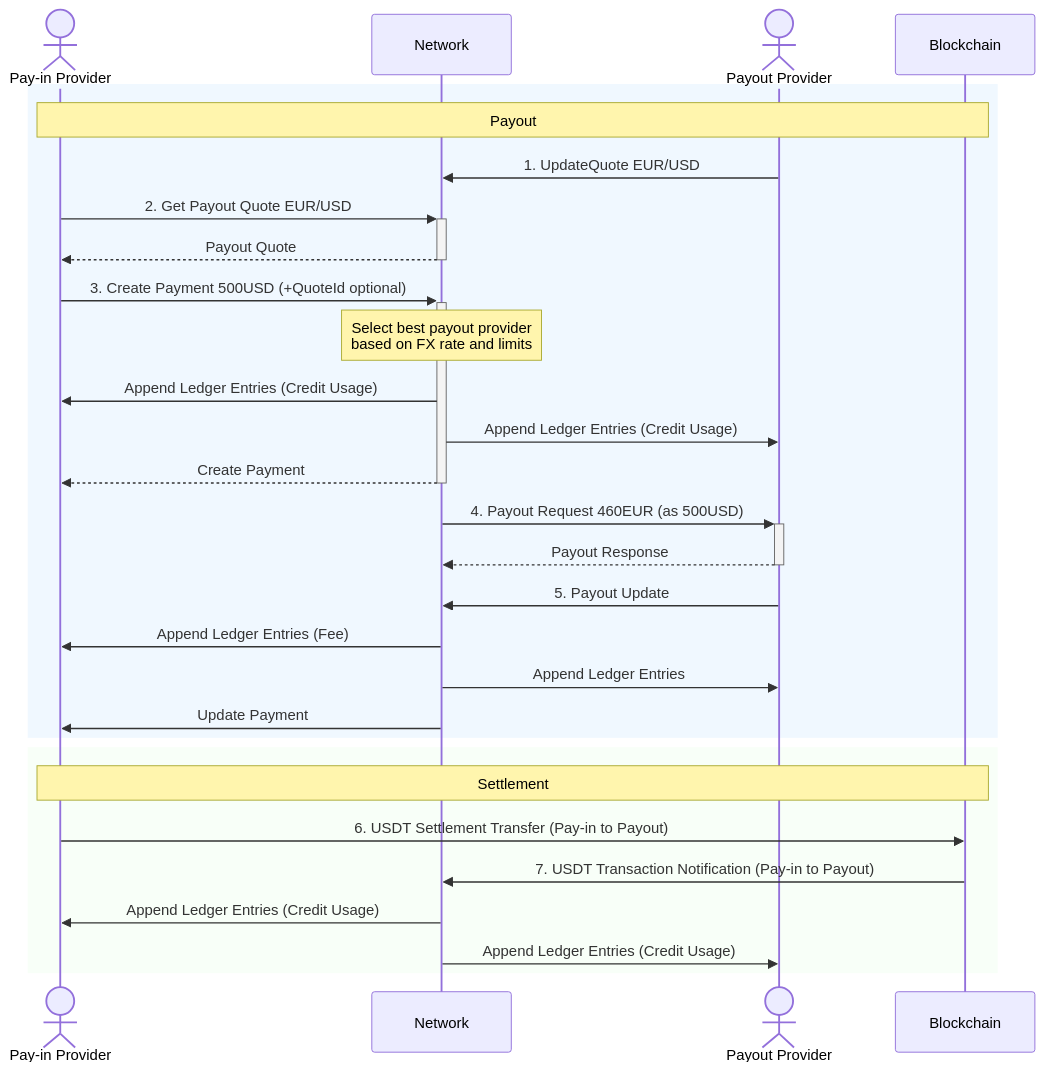
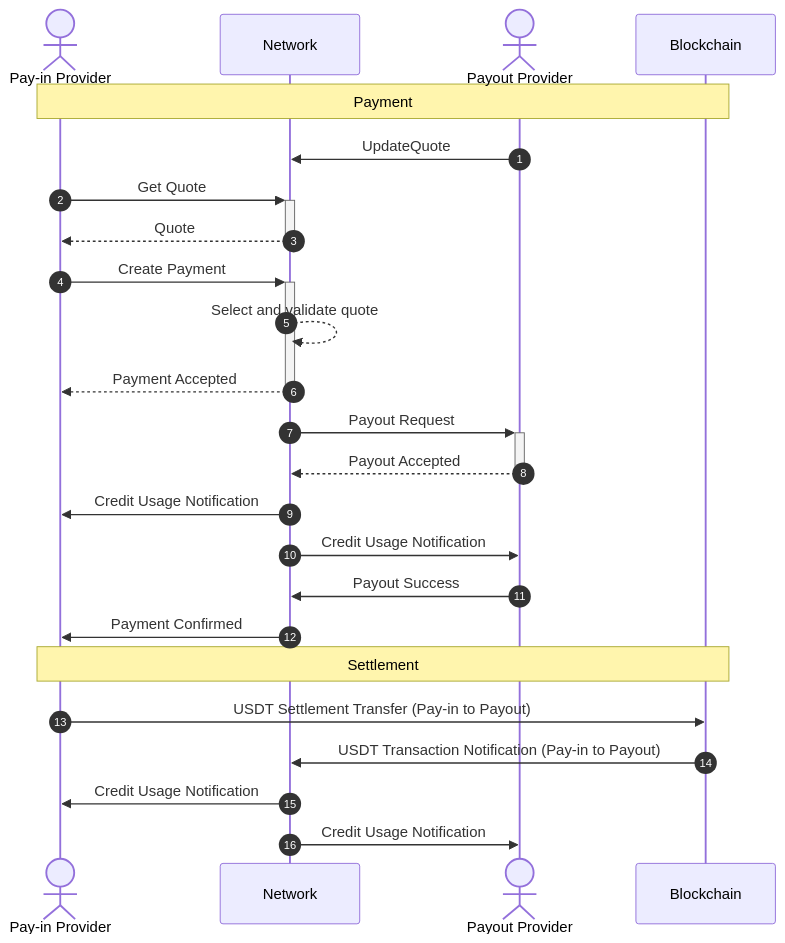
One commit to t-0-network/t-0-network.github.io changed the diagram in content/docs/network/payment-flow.md. Above: the diagram before and after it, drawn with Mermaid. The commit also changed other lines of this file and 1 other file, not shown here.

Commit message:
update payment flow and quote management

````diff
--- a/content/docs/network/payment-flow.md
+++ b/content/docs/network/payment-flow.md
@@ -13,37 +14,33 @@
 ```mermaid
 sequenceDiagram
     actor PIP as Pay-in Provider
     participant N as Network
     actor POP as Payout Provider
     participant BC as Blockchain
 
-    rect rgb(240, 248, 255)
-        Note over PIP, BC: Payout
-        
-        POP->>N: 1. UpdateQuote EUR/USD
-        PIP->>+N: 2. Get Payout Quote EUR/USD
-        N-->>-PIP: Payout Quote
-        PIP->>+N: 3. Create Payment 500USD (+QuoteId optional)
-        Note over N: Select best payout provider<br/>based on FX rate and limits
-        N->>PIP: Append Ledger Entries (Credit Usage)
-        N->>POP: Append Ledger Entries (Credit Usage)
-        N-->>-PIP: Create Payment
+    autonumber
+    Note over PIP, BC: Payment
 
-        N->>+POP: 4. Payout Request 460EUR (as 500USD)
-        POP-->>-N: Payout Response
+    POP->>N: UpdateQuote
+    PIP->>+N: Get Quote
+    N-->>-PIP: Quote
+    PIP->>+N: Create Payment
+    N-->>N: Select and validate quote
+    N-->>-PIP: Payment Accepted
 
-        POP->>N: 5. Payout Update
-        N->>PIP: Append Ledger Entries (Fee)
-        N->>POP: Append Ledger Entries
-        N->>PIP: Update Payment
-    end
+    N->>+POP: Payout Request
+    POP-->>-N: Payout Accepted
 
-    rect rgb(248, 255, 248)
-        Note over PIP, BC: Settlement
-        
-        PIP->>BC: 6. USDT Settlement Transfer (Pay-in to Payout)
-        BC->>N: 7. USDT Transaction Notification (Pay-in to Payout)
-        N->>PIP: Append Ledger Entries (Credit Usage)
-        N->>POP: Append Ledger Entries (Credit Usage)
-    end
+    N->>PIP: Credit Usage Notification
+    N->>POP: Credit Usage Notification
+
+    POP->>N: Payout Success
+    N->>PIP: Payment Confirmed
+
+    Note over PIP, BC: Settlement
+
+    PIP->>BC: USDT Settlement Transfer (Pay-in to Payout)
+    BC->>N: USDT Transaction Notification (Pay-in to Payout)
+    N->>PIP: Credit Usage Notification
+    N->>POP: Credit Usage Notification
 ```
````
